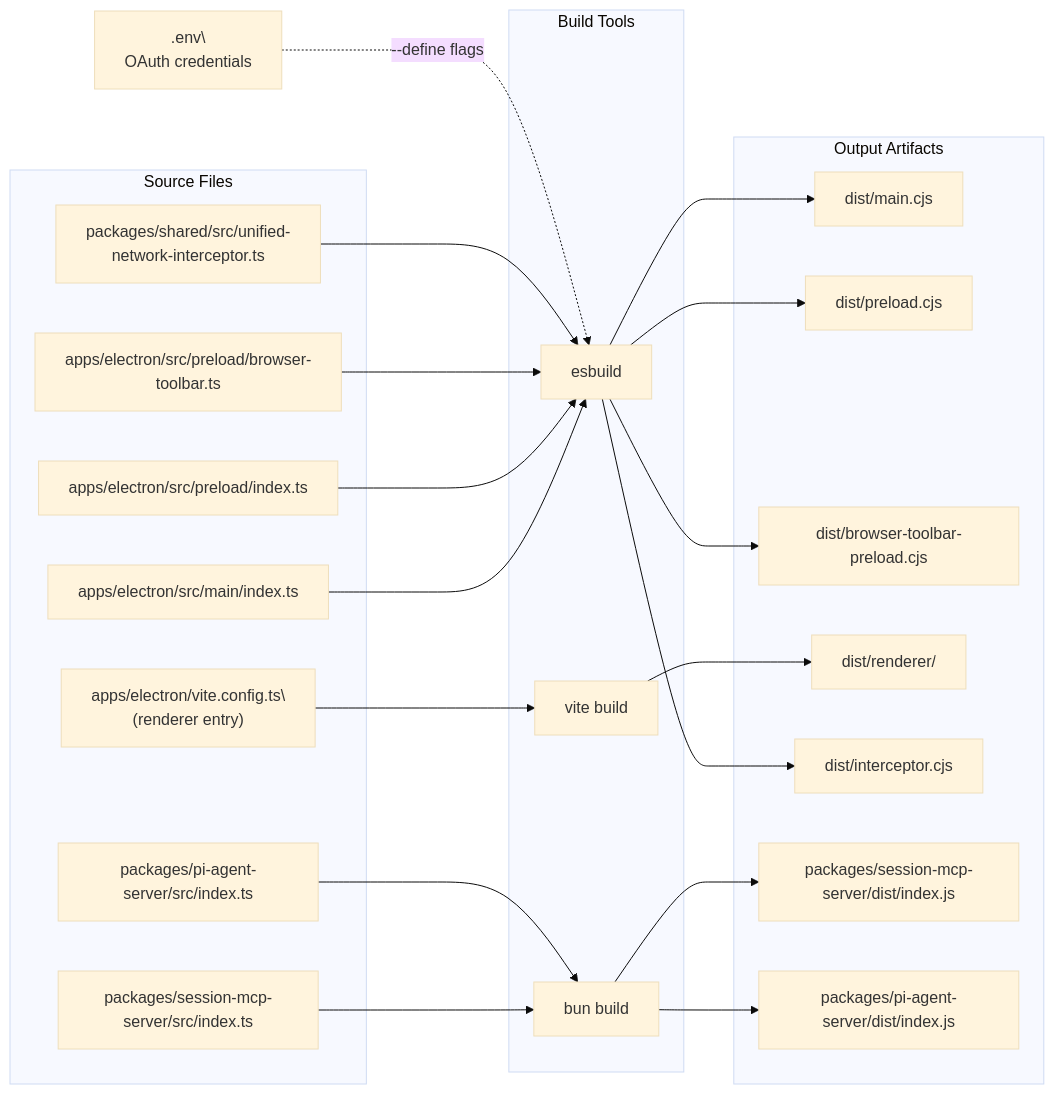
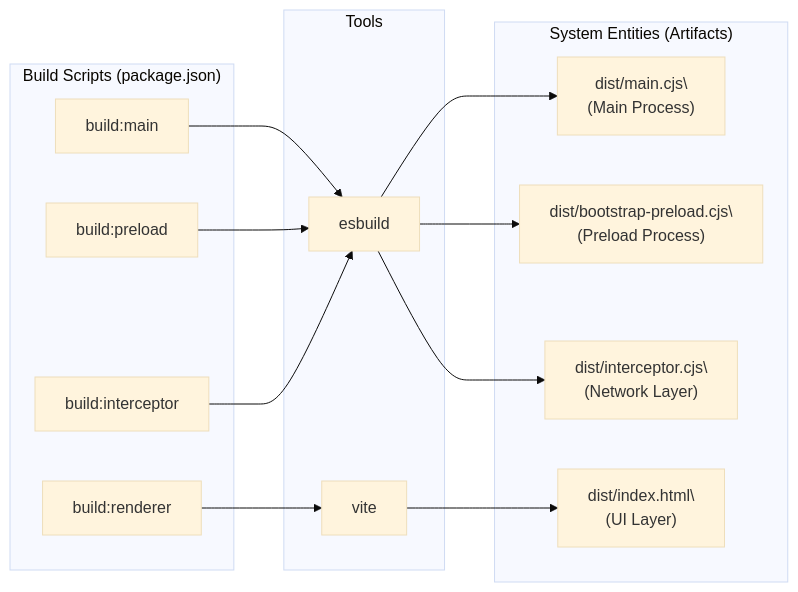
Before and after one commit to blackcater/zentree: the second of 2 diagrams in docs/lukilabs_craft-agents-oss/development-guide/build-system.md, drawn with Mermaid (base theme). The commit also changed other lines of this file and 232 other files, not shown here.

````diff
--- a/docs/lukilabs_craft-agents-oss/development-guide/build-system.md
+++ b/docs/lukilabs_craft-agents-oss/development-guide/build-system.md
@@ -208,40 +115,35 @@
 ```mermaid
 flowchart LR
-    subgraph "Source Files"
-        SRC_MAIN["apps/electron/src/main/index.ts"]
-        SRC_PRE["apps/electron/src/preload/index.ts"]
-        SRC_PRE_TB["apps/electron/src/preload/browser-toolbar.ts"]
-        SRC_VITE["apps/electron/vite.config.ts\
-(renderer entry)"]
-        SRC_INTERCEPT["packages/shared/src/unified-network-interceptor.ts"]
-        SRC_SESSION["packages/session-mcp-server/src/index.ts"]
-        SRC_PI["packages/pi-agent-server/src/index.ts"]
+    subgraph "Build Scripts (package.json)"
+        B_MAIN["build:main"]
+        B_PRE["build:preload"]
+        B_REND["build:renderer"]
+        B_INT["build:interceptor"]
     end
 
-    subgraph "Build Tools"
+    subgraph "Tools"
         ESBUILD["esbuild"]
-        VITE["vite build"]
-        BUN_BUILD["bun build"]
+        VITE["vite"]
     end
 
-    subgraph "Output Artifacts"
-        OUT_MAIN["dist/main.cjs"]
-        OUT_PRE["dist/preload.cjs"]
-        OUT_PRE_TB["dist/browser-toolbar-preload.cjs"]
-        OUT_RENDERER["dist/renderer/"]
-        OUT_INTERCEPT["dist/interceptor.cjs"]
-        OUT_SESSION["packages/session-mcp-server/dist/index.js"]
-        OUT_PI["packages/pi-agent-server/dist/index.js"]
+    subgraph "System Entities (Artifacts)"
+        MAIN_CJS["dist/main.cjs\
+(Main Process)"]
+        PRE_CJS["dist/bootstrap-preload.cjs\
+(Preload Process)"]
+        INT_CJS["dist/interceptor.cjs\
+(Network Layer)"]
+        REND_DIR["dist/index.html\
+(UI Layer)"]
     end
 
-    SRC_MAIN --> ESBUILD --> OUT_MAIN
-    SRC_PRE --> ESBUILD --> OUT_PRE
-    SRC_PRE_TB --> ESBUILD --> OUT_PRE_TB
-    SRC_INTERCEPT --> ESBUILD --> OUT_INTERCEPT
-    SRC_VITE --> VITE --> OUT_RENDERER
-    SRC_SESSION --> BUN_BUILD --> OUT_SESSION
-    SRC_PI --> BUN_BUILD --> OUT_PI
+    B_MAIN --> ESBUILD
+    B_PRE --> ESBUILD
+    B_INT --> ESBUILD
+    B_REND --> VITE
 
-    ENV[".env\
-OAuth credentials"] -.->|"--define flags"| ESBUILD
+    ESBUILD --> MAIN_CJS
+    ESBUILD --> PRE_CJS
+    ESBUILD --> INT_CJS
+    VITE --> REND_DIR
 ```
````
